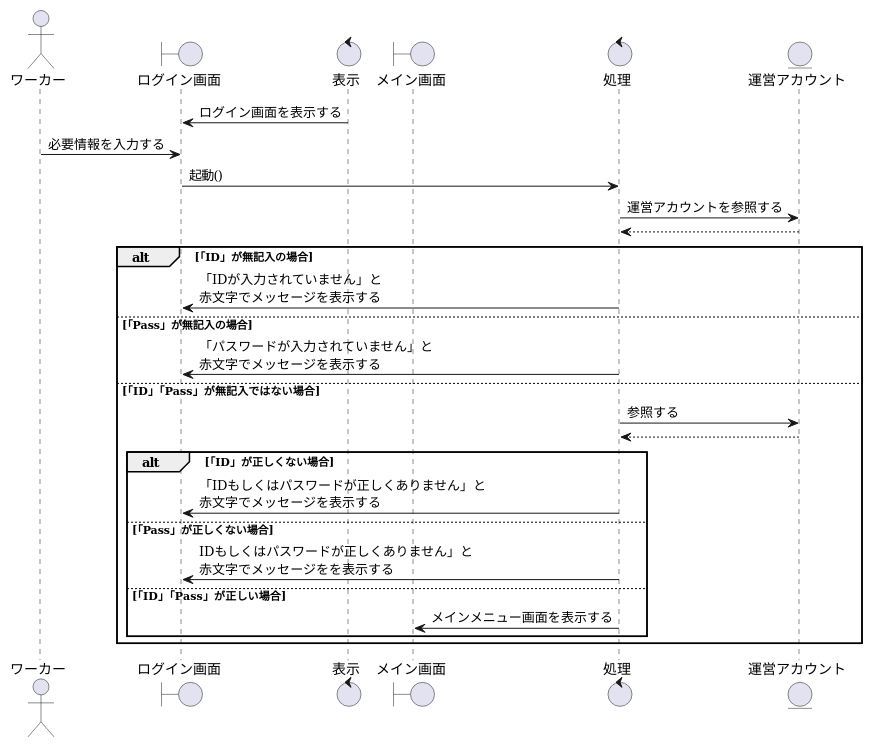
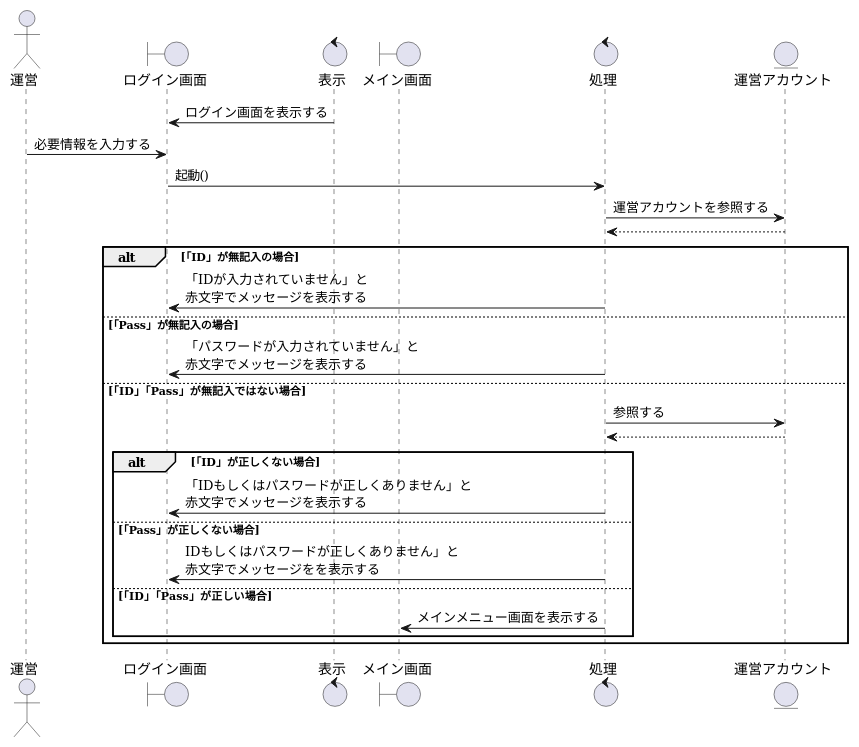
One commit to irukacb256/high_Me changed the diagram in login_out/運営のアカウントでログインする.pu. Above: the diagram before and after it, drawn with PlantUML. The commit also changed 5 other files, not shown here.

```diff
--- a/login_out/運営のアカウントでログインする.pu
+++ b/login_out/運営のアカウントでログインする.pu
@@ -1,44 +1,44 @@
 @startuml ワーカーログイン
 
 ' 1
-actor ワーカー as us1
+actor 運営 as ce1
 boundary ログイン画面 as lo1
 control 表示 as co1
 
 boundary メイン画面 as sm1
 control 処理 as co2
 
 entity 運営アカウント as en1
 
 ' 2
 co1 -> lo1 : ログイン画面を表示する
-us1 -> lo1 : 必要情報を入力する
+ce1 -> lo1 : 必要情報を入力する
 
 lo1 -> co2 : 起動()
 co2 -> en1 : 運営アカウントを参照する
 en1 --> co2 
 
 alt 「ID」が無記入の場合
     co2 -> lo1 :「IDが入力されていません」と\n赤文字でメッセージを表示する
 
 else 「Pass」が無記入の場合
     co2 -> lo1 :「パスワードが入力されていません」と\n赤文字でメッセージを表示する
 
 else 「ID」「Pass」が無記入ではない場合
     ' 分岐を書く場合は必ず「～ではない場合」を書く
     ' 参照をしたら戻り値を破線で表す
     co2 -> en1 :参照する
     en1 --> co2 
     
     alt 「ID」が正しくない場合
         co2 -> lo1 :「IDもしくはパスワードが正しくありません」と\n赤文字でメッセージを表示する
 
     else 「Pass」が正しくない場合
         co2 -> lo1 : IDもしくはパスワードが正しくありません」と\n赤文字でメッセージをを表示する
 
     else 「ID」「Pass」が正しい場合
         co2 -> sm1 : メインメニュー画面を表示する
 
     end
 end    
 @enduml
```
